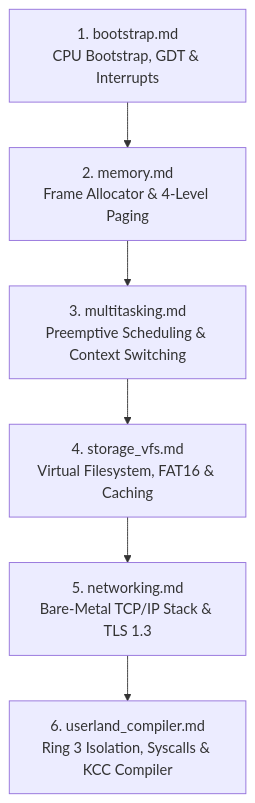
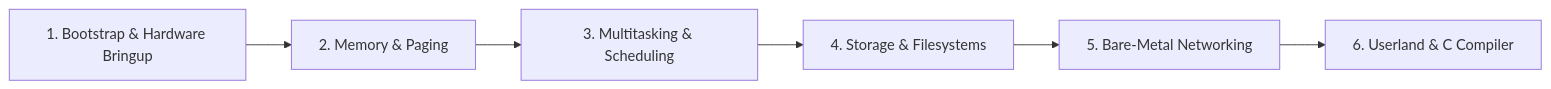
Before and after one commit to mrvlous/keira: the diagram in docs/journey/README.md, drawn with Mermaid. The commit also changed other lines of this file and 6 other files, not shown here.

````diff
--- a/docs/journey/README.md
+++ b/docs/journey/README.md
@@ -15,8 +11,8 @@
 ```mermaid
-graph TD
-    M1["1. bootstrap.md<br/>CPU Bootstrap, GDT & Interrupts"] --> M2["2. memory.md<br/>Frame Allocator & 4-Level Paging"]
-    M2 --> M3["3. multitasking.md<br/>Preemptive Scheduling & Context Switching"]
-    M3 --> M4["4. storage_vfs.md<br/>Virtual Filesystem, FAT16 & Caching"]
-    M4 --> M5["5. networking.md<br/>Bare-Metal TCP/IP Stack & TLS 1.3"]
-    M5 --> M6["6. userland_compiler.md<br/>Ring 3 Isolation, Syscalls & KCC Compiler"]
+graph LR
+    M1["1. Bootstrap & Hardware Bringup"] --> M2["2. Memory & Paging"]
+    M2 --> M3["3. Multitasking & Scheduling"]
+    M3 --> M4["4. Storage & Filesystems"]
+    M4 --> M5["5. Bare-Metal Networking"]
+    M5 --> M6["6. Userland & C Compiler"]
 ```
````
